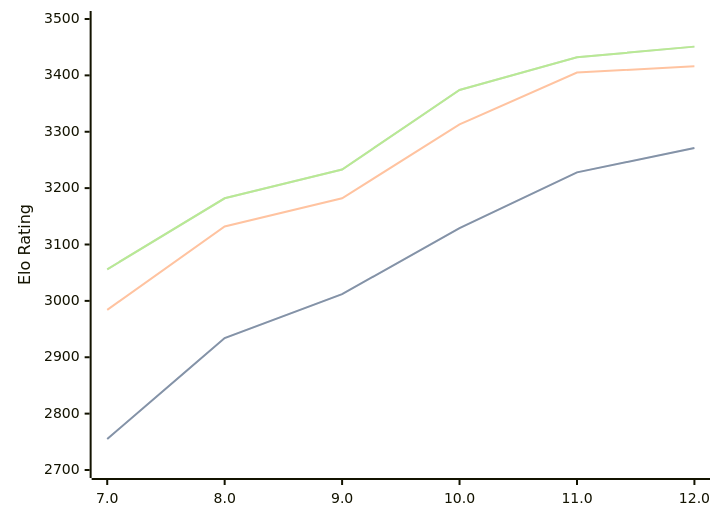
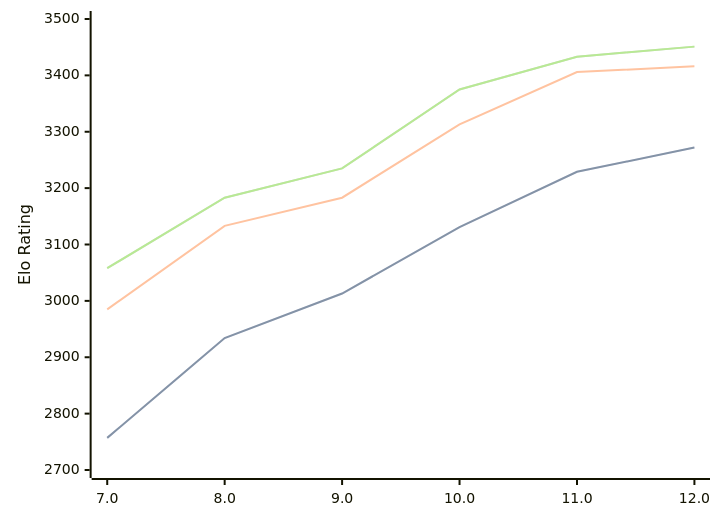
Before and after one commit to computer-chess-index/cci: the first of 3 diagrams in engines/Tcheran.md, drawn with Mermaid. The commit also changed other lines of this file, not shown here.

Commit message:
Update CCI Ratings (ELO VLTC) - 2026-07-12

````diff
--- a/engines/Tcheran.md
+++ b/engines/Tcheran.md
@@ -50,11 +50,11 @@
 ```mermaid
 %%{init: {"theme":"base","themeVariables":{"seriesColors:['#a3a3a3','#222221','#faa371']}}}%%
 xychart-beta
   x-axis ["7.0", "8.0", "9.0", "10.0", "11.0", "12.0"]
   y-axis "Elo Rating" 2700 --> 3500
-  line "STC (8.0+0.08s)" [2755, 2934, 3012, 3129, 3228, 3271]
-  line "STC (8.0+0.08s)" [2755, 2934, 3012, 3129, 3228, 3271]
-  line "LTC (60.0+0.60s)" [2984, 3132, 3182, 3313, 3405, 3416]
-  line "VLTC (2m24s+1.12s)" [3056, 3182, 3233, 3374, 3432, 3451]
-  line "VLTC (2m24s+1.12s)" [3056, 3182, 3233, 3374, 3432, 3451]
+  line "STC (8.0+0.08s)" [2757, 2934, 3013, 3131, 3229, 3272]
+  line "STC (8.0+0.08s)" [2757, 2934, 3013, 3131, 3229, 3272]
+  line "LTC (60.0+0.60s)" [2985, 3133, 3183, 3313, 3406, 3416]
+  line "VLTC (2m24s+1.12s)" [3058, 3183, 3235, 3375, 3433, 3451]
+  line "VLTC (2m24s+1.12s)" [3058, 3183, 3235, 3375, 3433, 3451]
 ```
````
